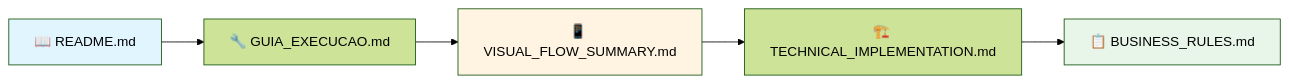
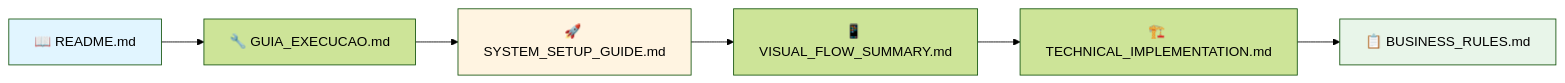
Before and after one commit to PrimeCareSoftware/MW.Code: the first of 4 diagrams in docs/INDEX.md, drawn with Mermaid (forest theme). The commit also changed other lines of this file and 3 other files, not shown here.

````diff
--- a/docs/INDEX.md
+++ b/docs/INDEX.md
@@ -60,11 +62,12 @@
 ```mermaid
 graph LR
     A[📖 README.md] --> B[🔧 GUIA_EXECUCAO.md]
-    B --> C[📱 VISUAL_FLOW_SUMMARY.md]
-    C --> D[🏗️ TECHNICAL_IMPLEMENTATION.md]
-    D --> E[📋 BUSINESS_RULES.md]
+    B --> C[🚀 SYSTEM_SETUP_GUIDE.md]
+    C --> D[📱 VISUAL_FLOW_SUMMARY.md]
+    D --> E[🏗️ TECHNICAL_IMPLEMENTATION.md]
+    E --> F[📋 BUSINESS_RULES.md]
     
     style A fill:#e1f5ff
     style C fill:#fff4e1
-    style E fill:#e8f5e9
+    style F fill:#e8f5e9
 ```
````
